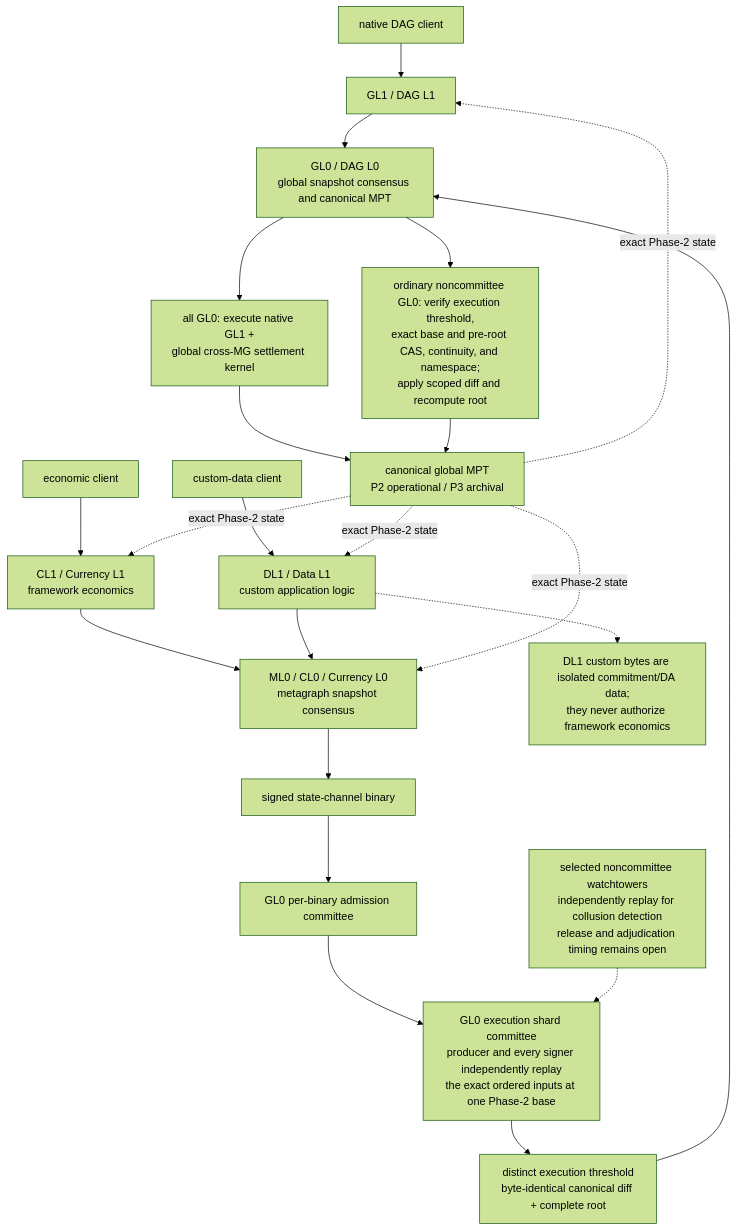
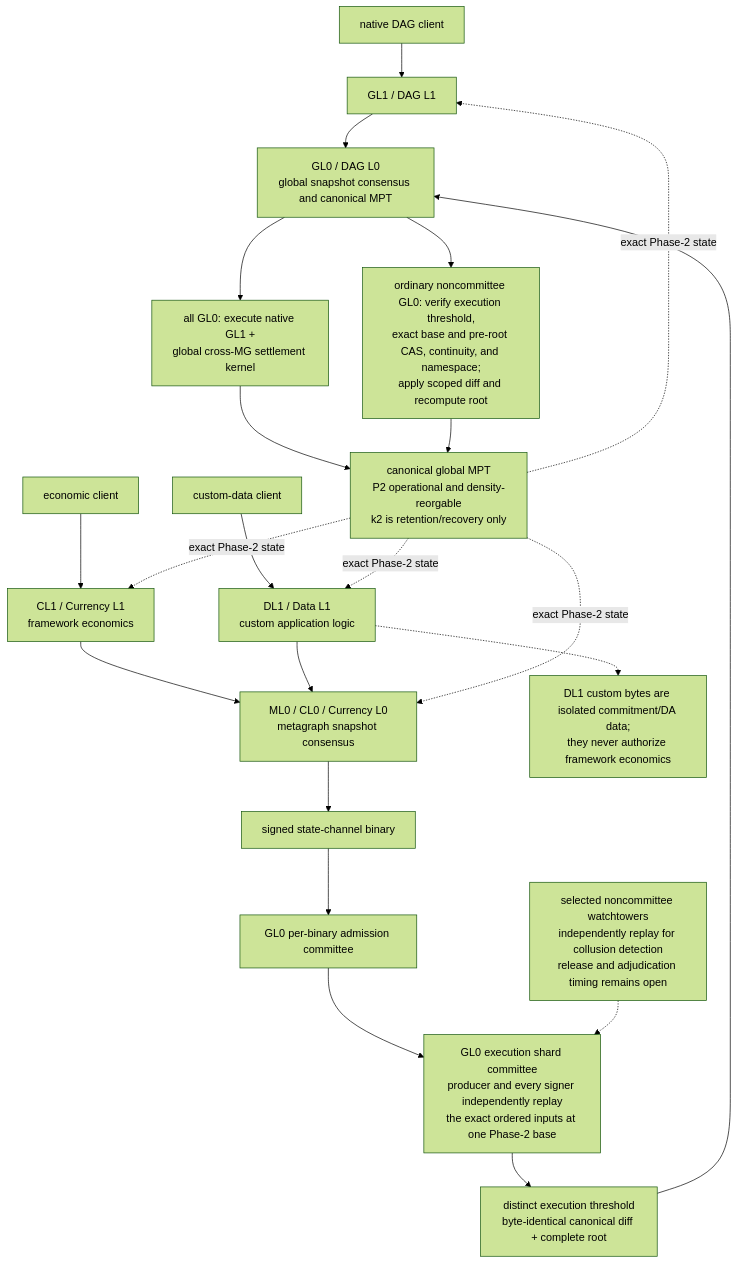
The diagram in docs/nakamoto/diagrams/execution-shards-to-mpt-layering.mmd (ottobot-ai/tessellation), drawn with Mermaid (forest theme) before and after one commit. The commit also changed 30 other files, not shown here.

```diff
--- a/docs/nakamoto/diagrams/execution-shards-to-mpt-layering.mmd
+++ b/docs/nakamoto/diagrams/execution-shards-to-mpt-layering.mmd
@@ -1,27 +1,27 @@
 %% TARGET DESIGN. This is not a description of the currently deployed code path.
 flowchart TB
     CLIENT["native DAG client"] --> GL1["GL1 / DAG L1"] --> GL0["GL0 / DAG L0<br/>global snapshot consensus and canonical MPT"]
 
     ECON["economic client"] --> CL1["CL1 / Currency L1<br/>framework economics"]
     DATA["custom-data client"] --> DL1["DL1 / Data L1<br/>custom application logic"]
     CL1 --> ML0["ML0 / CL0 / Currency L0<br/>metagraph snapshot consensus"]
     DL1 --> ML0
     ML0 --> BIN["signed state-channel binary"]
     BIN --> ADM["GL0 per-binary admission committee"]
     ADM --> SHARD["GL0 execution shard committee<br/>producer and every signer independently replay<br/>the exact ordered inputs at one Phase-2 base"]
     SHARD --> DIFF["distinct execution threshold<br/>byte-identical canonical diff + complete root"]
     DIFF --> GL0
 
     GL0 --> EXEC["all GL0: execute native GL1 +<br/>global cross-MG settlement kernel"]
     GL0 --> APPLY["ordinary noncommittee GL0: verify execution threshold,<br/>exact base and pre-root CAS, continuity, and namespace;<br/>apply scoped diff and recompute root"]
-    EXEC --> MPT["canonical global MPT<br/>P2 operational / P3 archival"]
+    EXEC --> MPT["canonical global MPT<br/>P2 operational and density-reorgable<br/>k2 is retention/recovery only"]
     APPLY --> MPT
     MPT -.->|"exact Phase-2 state"| GL1
     MPT -.->|"exact Phase-2 state"| ML0
     MPT -.->|"exact Phase-2 state"| CL1
     MPT -.->|"exact Phase-2 state"| DL1
 
     WT["selected noncommittee watchtowers<br/>independently replay for collusion detection<br/>release and adjudication timing remains open"] -.-> SHARD
 
     DL1NOTE["DL1 custom bytes are isolated commitment/DA data;<br/>they never authorize framework economics"]
     DL1 -.-> DL1NOTE
```
